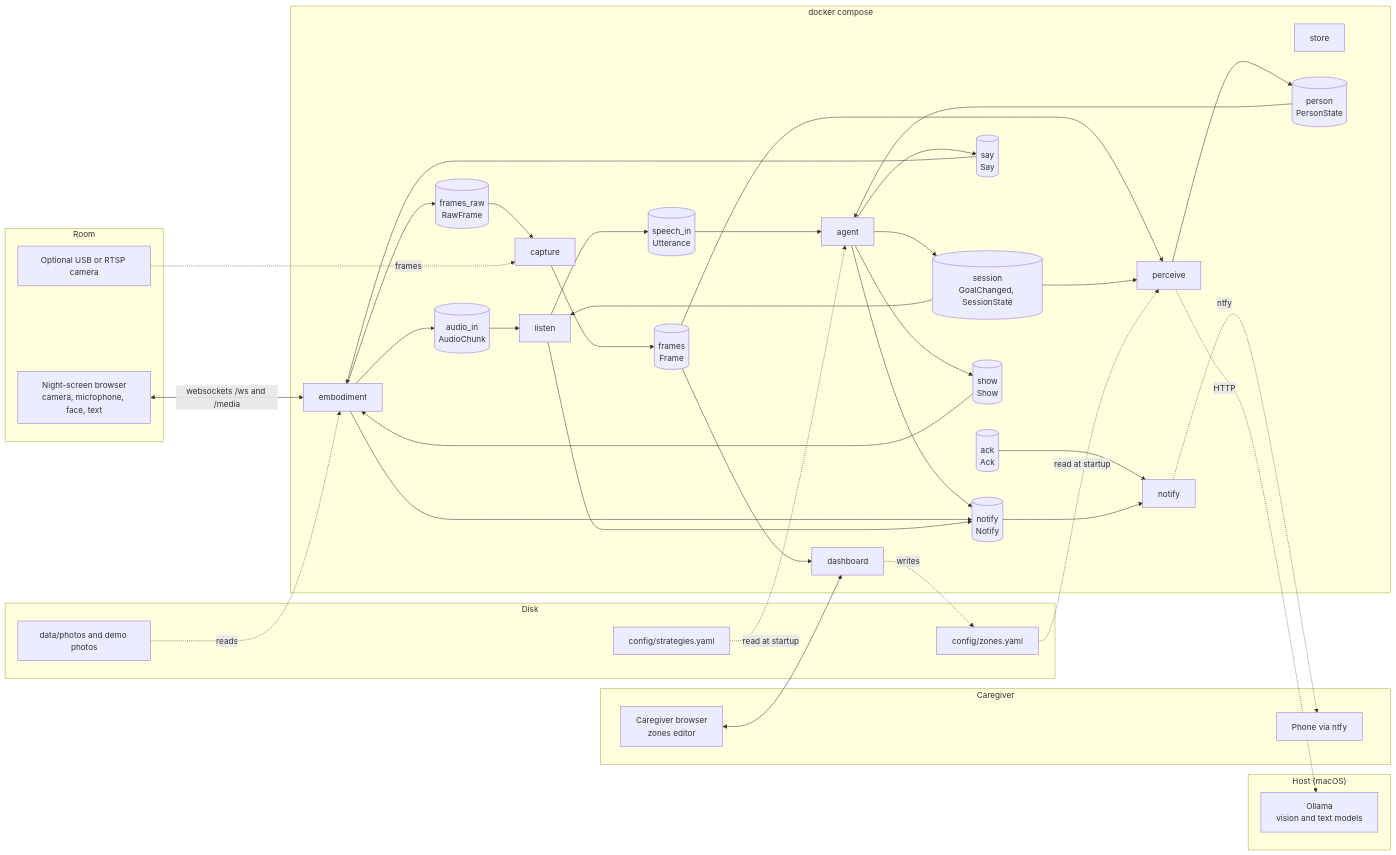
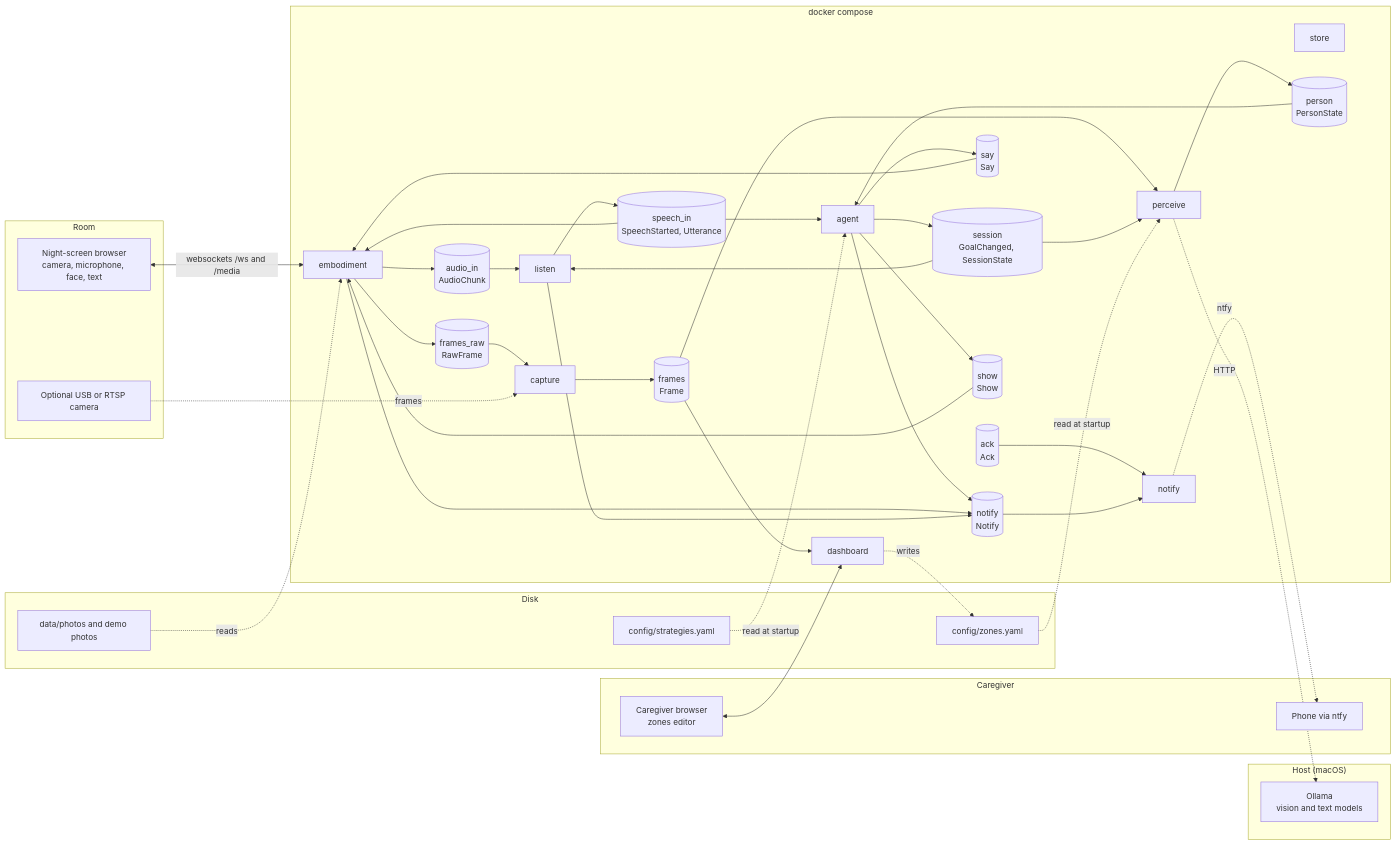
Before and after one commit to Afrovis/ai-agent-dementia: the first of 2 diagrams in ARCHITECTURE.md, drawn with Mermaid. The commit also changed other lines of this file and 13 other files, not shown here.

````diff
--- a/ARCHITECTURE.md
+++ b/ARCHITECTURE.md
@@ -15,76 +15,77 @@
 ```mermaid
 flowchart LR
   subgraph room["Room"]
     browser["Night-screen browser<br/>camera, microphone, face, text"]
     camera["Optional USB or RTSP camera"]
   end
 
   subgraph compose["docker compose"]
     s_agent["agent"]
     s_capture["capture"]
     s_dashboard["dashboard"]
     s_embodiment["embodiment"]
     s_listen["listen"]
     s_notify["notify"]
     s_perceive["perceive"]
     s_store["store"]
     q_ack[("ack<br/>Ack")]
     q_audio_in[("audio_in<br/>AudioChunk")]
     q_frames[("frames<br/>Frame")]
     q_frames_raw[("frames_raw<br/>RawFrame")]
     q_notify[("notify<br/>Notify")]
     q_person[("person<br/>PersonState")]
     q_say[("say<br/>Say")]
     q_session[("session<br/>GoalChanged, SessionState")]
     q_show[("show<br/>Show")]
-    q_speech_in[("speech_in<br/>Utterance")]
+    q_speech_in[("speech_in<br/>SpeechStarted, Utterance")]
   end
 
   subgraph host["Host (macOS)"]
     ollama["Ollama<br/>vision and text models"]
   end
 
   subgraph caregiver["Caregiver"]
     phone["Phone via ntfy"]
     cg_browser["Caregiver browser<br/>zones editor"]
   end
 
   subgraph disk["Disk"]
     zones["config/zones.yaml"]
     strategies["config/strategies.yaml"]
     photos["data/photos and demo photos"]
   end
 
   q_ack --> s_notify
   s_embodiment --> q_audio_in
   q_audio_in --> s_listen
   s_capture --> q_frames
   q_frames --> s_dashboard
   q_frames --> s_perceive
   s_embodiment --> q_frames_raw
   q_frames_raw --> s_capture
   s_agent --> q_notify
   s_embodiment --> q_notify
   s_listen --> q_notify
   q_notify --> s_notify
   s_perceive --> q_person
   q_person --> s_agent
   s_agent --> q_say
   q_say --> s_embodiment
   s_agent --> q_session
   q_session --> s_listen
   q_session --> s_perceive
   s_agent --> q_show
   q_show --> s_embodiment
   s_listen --> q_speech_in
   q_speech_in --> s_agent
+  q_speech_in --> s_embodiment
   browser <-->|"websockets /ws and /media"| s_embodiment
   camera -.->|"frames"| s_capture
   s_perceive -.->|"HTTP"| ollama
   s_notify -.->|"ntfy"| phone
   cg_browser <--> s_dashboard
   zones -.->|"read at startup"| s_perceive
   s_dashboard -.->|"writes"| zones
   strategies -.->|"read at startup"| s_agent
   photos -.->|"reads"| s_embodiment
 ```
````
